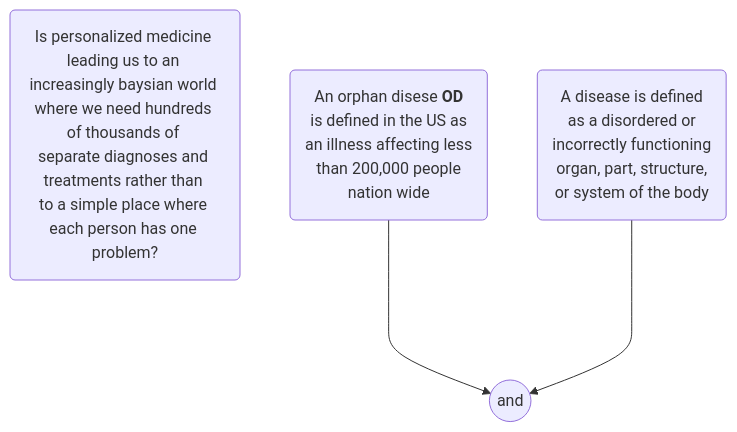
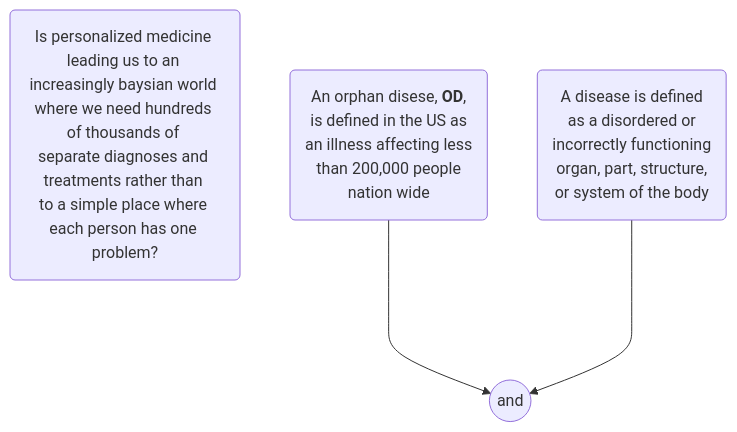
One commit to hwetsman/TOC_Trees changed the diagram in Orphan_Diseases.md. Above: the diagram before and after it, drawn with Mermaid.

Commit message:
Refactor, add commas to OD

````diff
--- a/Orphan_Diseases.md
+++ b/Orphan_Diseases.md
@@ -3,10 +3,10 @@
 ```mermaid
 flowchart TD
 proposition(Is personalized medicine <br>leading us to an <br>increasingly baysian world <br>where we need hundreds <br>of thousands of <br>separate diagnoses and <br>treatments rather than <br>to a simple place where <br>each person has one problem?)
 
-orphan(An orphan disese <b>OD</b> <br>is defined in the US as <br>an illness affecting less <br>than 200,000 people <br> nation wide)
+orphan(An orphan disese, <b>OD</b>, <br>is defined in the US as <br>an illness affecting less <br>than 200,000 people <br> nation wide)
 disease(A disease is defined <br>as a disordered or <br>incorrectly functioning <br>organ, part, structure, <br>or system of the body)
 and1((and))
     orphan--->and1
     disease--->and1
 ```
````
